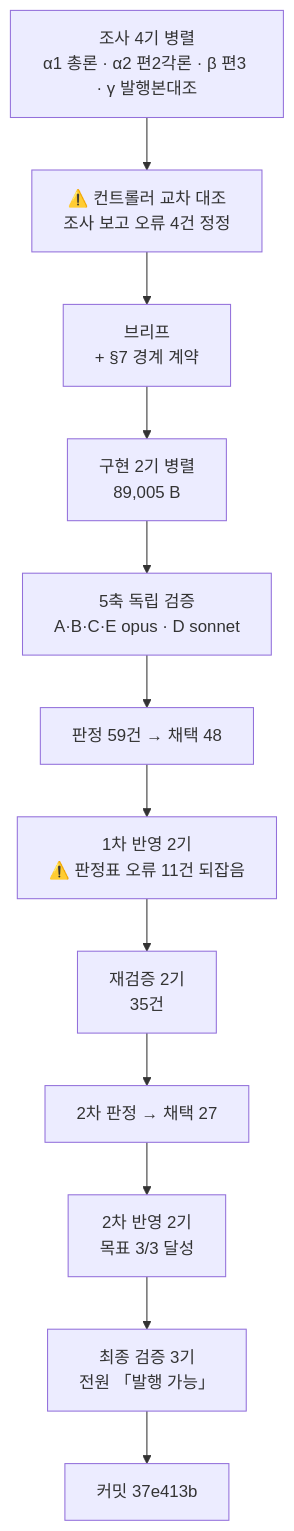
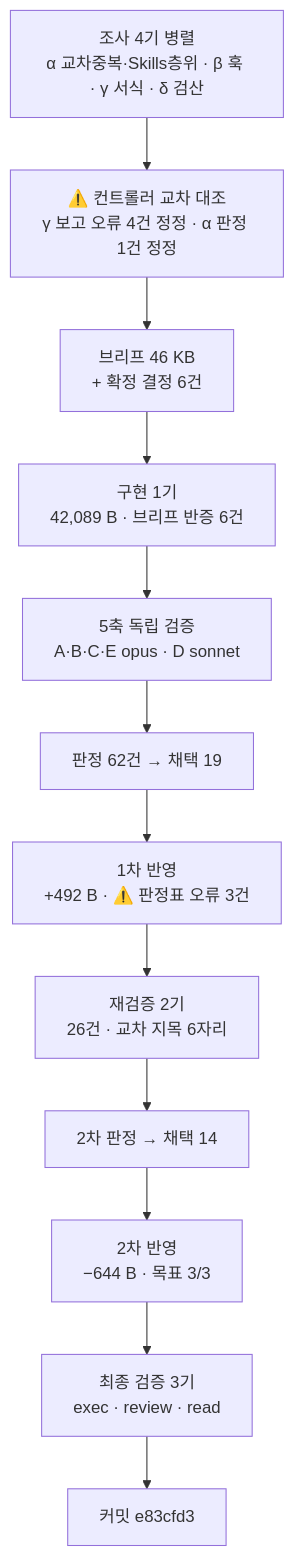
The diagram in HANDOFF.md (withwooyong/withwooyong.github.io), drawn with Mermaid before and after one commit. The commit also changed other lines of this file and 3 other files, not shown here.

````diff
--- a/HANDOFF.md
+++ b/HANDOFF.md
@@ -18,14 +18,14 @@
 ```mermaid
 flowchart TD
-    S["조사 4기 병렬<br/>α1 총론 · α2 편2각론 · β 편3 · γ 발행본대조"] --> X["⚠️ 컨트롤러 교차 대조<br/>조사 보고 오류 4건 정정"]
-    X --> B["브리프<br/>+ §7 경계 계약"]
-    B --> C["구현 2기 병렬<br/>89,005 B"]
+    S["조사 4기 병렬<br/>α 교차중복·Skills층위 · β 훅 · γ 서식 · δ 검산"] --> X["⚠️ 컨트롤러 교차 대조<br/>γ 보고 오류 4건 정정 · α 판정 1건 정정"]
+    X --> B["브리프 46 KB<br/>+ 확정 결정 6건"]
+    B --> C["구현 1기<br/>42,089 B · 브리프 반증 6건"]
     C --> V["5축 독립 검증<br/>A·B·C·E opus · D sonnet"]
-    V --> J["판정 59건 → 채택 48"]
-    J --> F1["1차 반영 2기<br/>⚠️ 판정표 오류 11건 되잡음"]
-    F1 --> R["재검증 2기<br/>35건"]
-    R --> J2["2차 판정 → 채택 27"]
-    J2 --> F2["2차 반영 2기<br/>목표 3/3 달성"]
-    F2 --> FV["최종 검증 3기<br/>전원 「발행 가능」"]
-    FV --> CM["커밋 37e413b"]
+    V --> J["판정 62건 → 채택 19"]
+    J --> F1["1차 반영<br/>+492 B · ⚠️ 판정표 오류 3건"]
+    F1 --> R["재검증 2기<br/>26건 · 교차 지목 6자리"]
+    R --> J2["2차 판정 → 채택 14"]
+    J2 --> F2["2차 반영<br/>−644 B · 목표 3/3"]
+    F2 --> FV["최종 검증 3기<br/>exec · review · read"]
+    FV --> CM["커밋 e83cfd3"]
 ```
````
